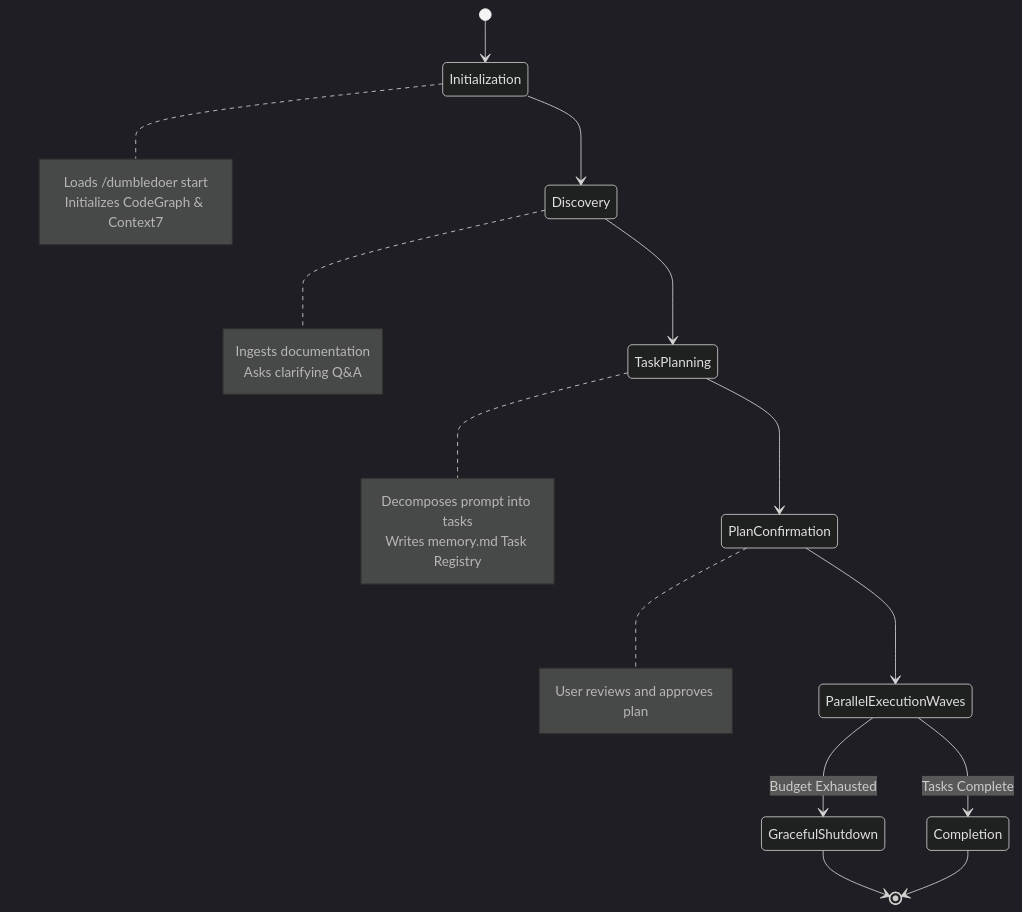
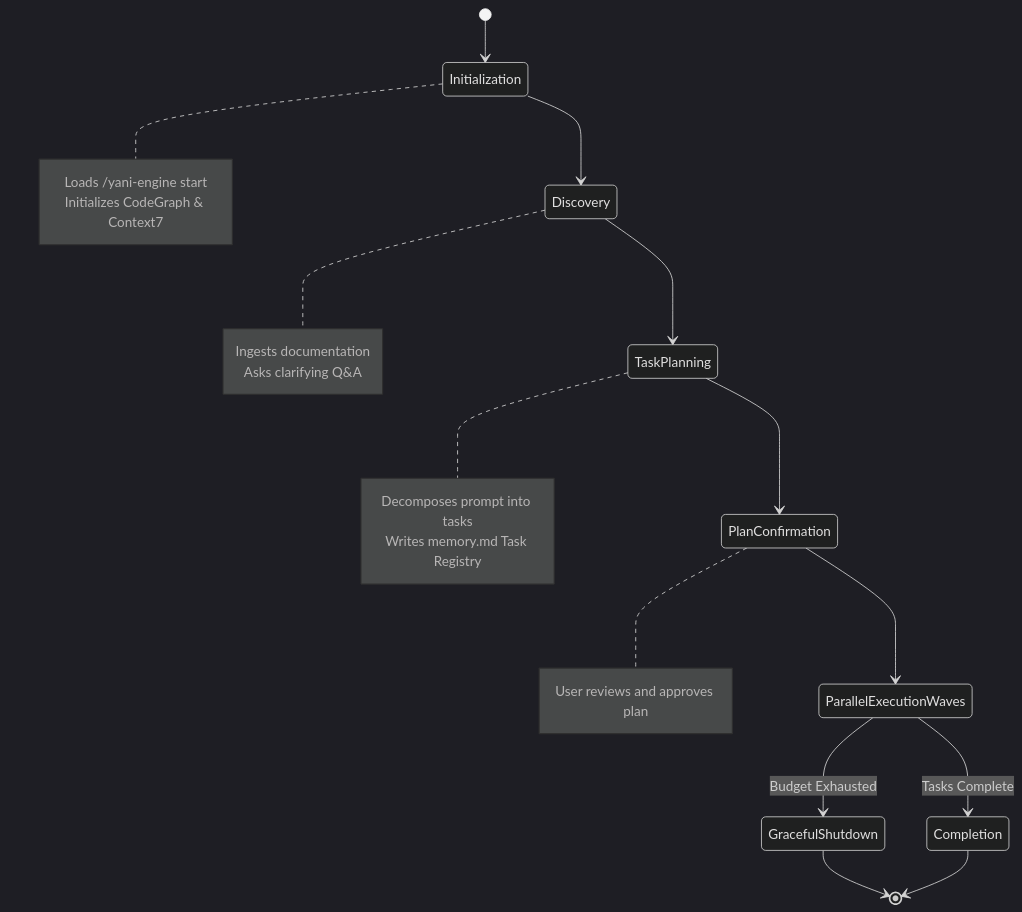
The third of 6 diagrams in docs/05-architecture.md (emmanuelol/yani-engine), drawn with Mermaid (dark theme) before and after one commit. The commit also changed other lines of this file and 94 other files, not shown here.

Commit message:
feat(rebrand): Migrate to yani-engine 🐩 with backward-compatible dumbledoer shim

````diff
--- a/docs/05-architecture.md
+++ b/docs/05-architecture.md
@@ -42,33 +42,33 @@
 ```mermaid
 stateDiagram-v2
     [*] --> Initialization
     
     Initialization --> Discovery
     note right of Initialization
-        Loads /dumbledoer start
+        Loads /yani-engine start
         Initializes CodeGraph & Context7
     end note
     
     Discovery --> TaskPlanning
     note right of Discovery
         Ingests documentation
         Asks clarifying Q&A
     end note
     
     TaskPlanning --> PlanConfirmation
     note right of TaskPlanning
         Decomposes prompt into tasks
         Writes memory.md Task Registry
     end note
     
     PlanConfirmation --> ParallelExecutionWaves
     note right of PlanConfirmation
         User reviews and approves plan
     end note
     
     ParallelExecutionWaves --> GracefulShutdown : Budget Exhausted
     ParallelExecutionWaves --> Completion : Tasks Complete
     
     GracefulShutdown --> [*]
     Completion --> [*]
 ```
````
